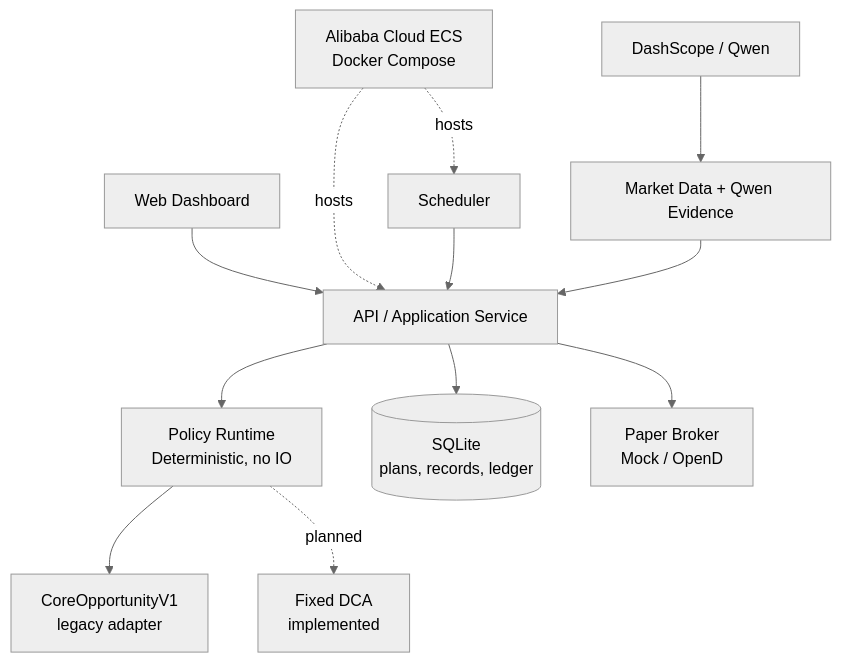
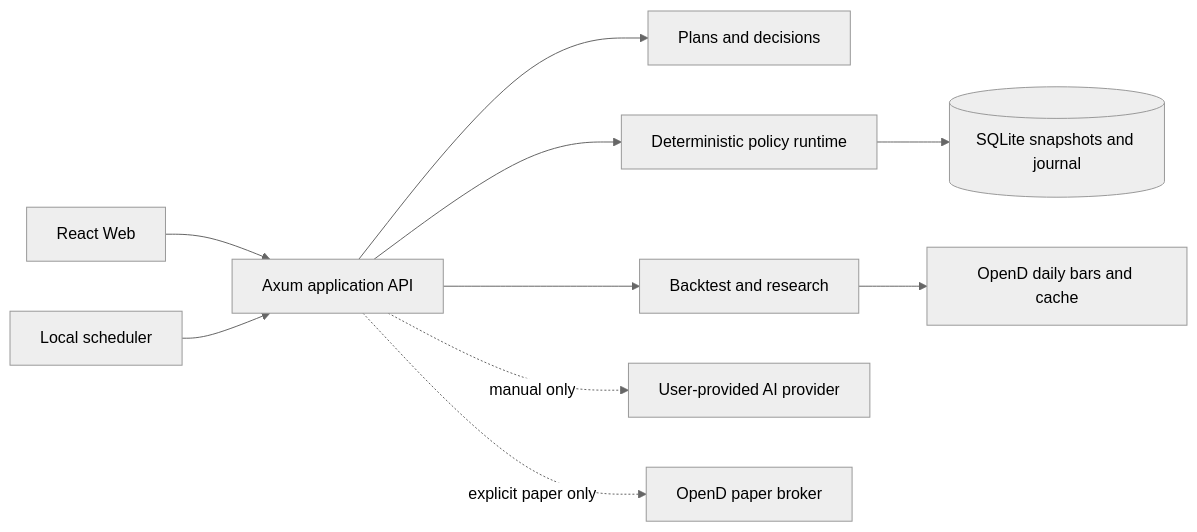
One commit to GuZZ1119/indexlinkV2 changed the diagram in readme.md. Above: the diagram before and after it, drawn with Mermaid (neutral theme). The commit also changed other lines of this file and 102 other files, not shown here.

````diff
--- a/readme.md
+++ b/readme.md
@@ -100,26 +159,12 @@
 ```mermaid
-graph TD
-    WEB[Web Dashboard]
-    SCH[Scheduler]
-    API[API / Application Service]
-    POLICY[Policy Runtime\nDeterministic, no IO]
-    LEGACY[CoreOpportunityV1\nlegacy adapter]
-    DCA[Fixed DCA\nimplemented]
-    EVIDENCE[Market Data + Qwen Evidence]
-    RECORDS[(SQLite\nplans, records, ledger)]
-    BROKER[Paper Broker\nMock / OpenD]
-    ECS[Alibaba Cloud ECS\nDocker Compose]
-    QWEN[DashScope / Qwen]
-
-    WEB --> API
-    SCH --> API
-    API --> POLICY
-    POLICY --> LEGACY
-    POLICY -. planned .-> DCA
-    EVIDENCE --> API
-    API --> RECORDS
-    API --> BROKER
-    ECS -. hosts .-> API
-    ECS -. hosts .-> SCH
-    QWEN --> EVIDENCE
+flowchart LR
+  Web[React Web] --> API[Axum application API]
+  Scheduler[Local scheduler] --> API
+  API --> Plans[Plans and decisions]
+  API --> Runtime[Deterministic policy runtime]
+  API --> Backtest[Backtest and research]
+  Runtime --> Journal[(SQLite snapshots and journal)]
+  Backtest --> Data[OpenD daily bars and cache]
+  API -. manual only .-> AI[User-provided AI provider]
+  API -. explicit paper only .-> Broker[OpenD paper broker]
 ```
````
